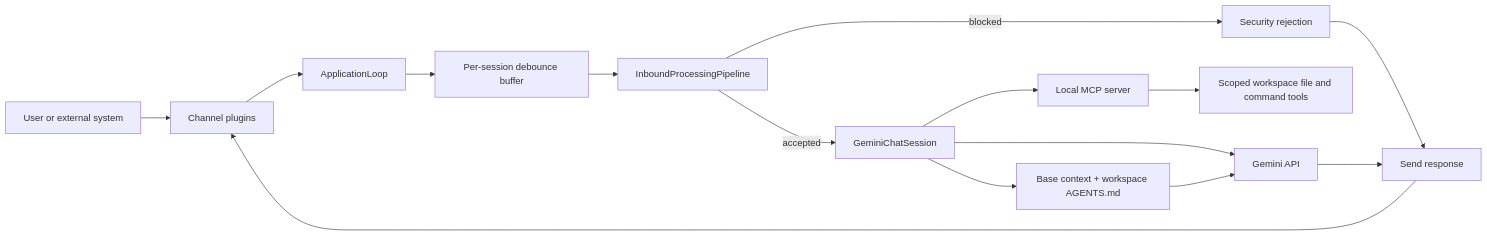
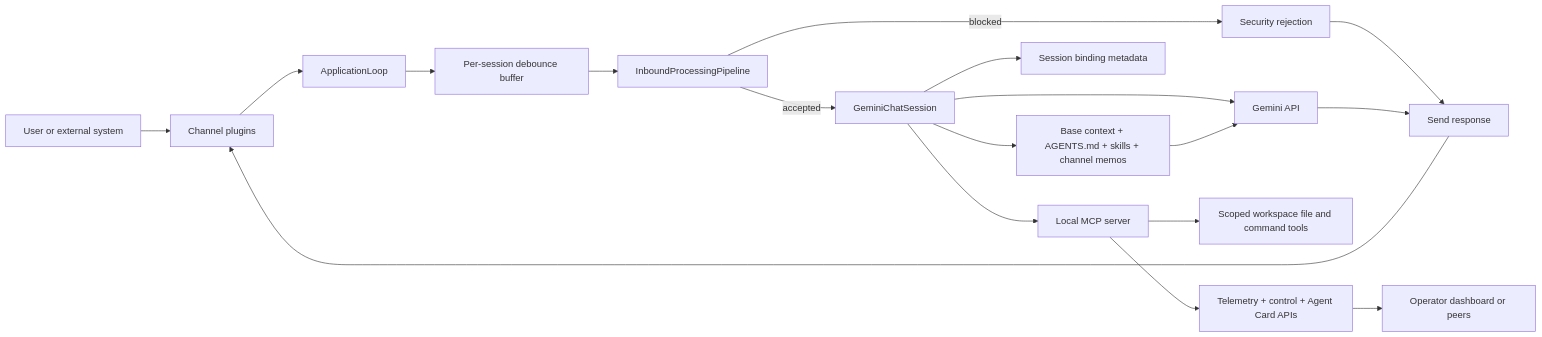
The diagram in README.md (m0nochr0me/pillbug), drawn with Mermaid before and after one commit. The commit also changed other lines of this file, not shown here.

Commit message:
feat: enhance README.md with detailed session commands, summarization options, and workspace skills discovery

````diff
--- a/README.md
+++ b/README.md
@@ -53,17 +65,20 @@
 ```mermaid
 flowchart LR
   Input[User or external system] --> Channels[Channel plugins]
   Channels --> Loop[ApplicationLoop]
   Loop --> Debounce[Per-session debounce buffer]
   Debounce --> Pipeline[InboundProcessingPipeline]
   Pipeline -->|blocked| Reject[Security rejection]
   Reject --> Reply[Send response]
   Pipeline -->|accepted| Session[GeminiChatSession]
-  Session --> Context[Base context + workspace AGENTS.md]
+  Session --> Context[Base context + AGENTS.md + skills + channel memos]
+  Session --> Binding[Session binding metadata]
   Session --> MCP[Local MCP server]
+  MCP --> Control[Telemetry + control + Agent Card APIs]
   MCP --> Workspace[Scoped workspace file and command tools]
   Session --> Gemini[Gemini API]
   Context --> Gemini
+  Control --> Dashboard[Operator dashboard or peers]
   Gemini --> Reply
   Reply --> Channels
 ```
````
